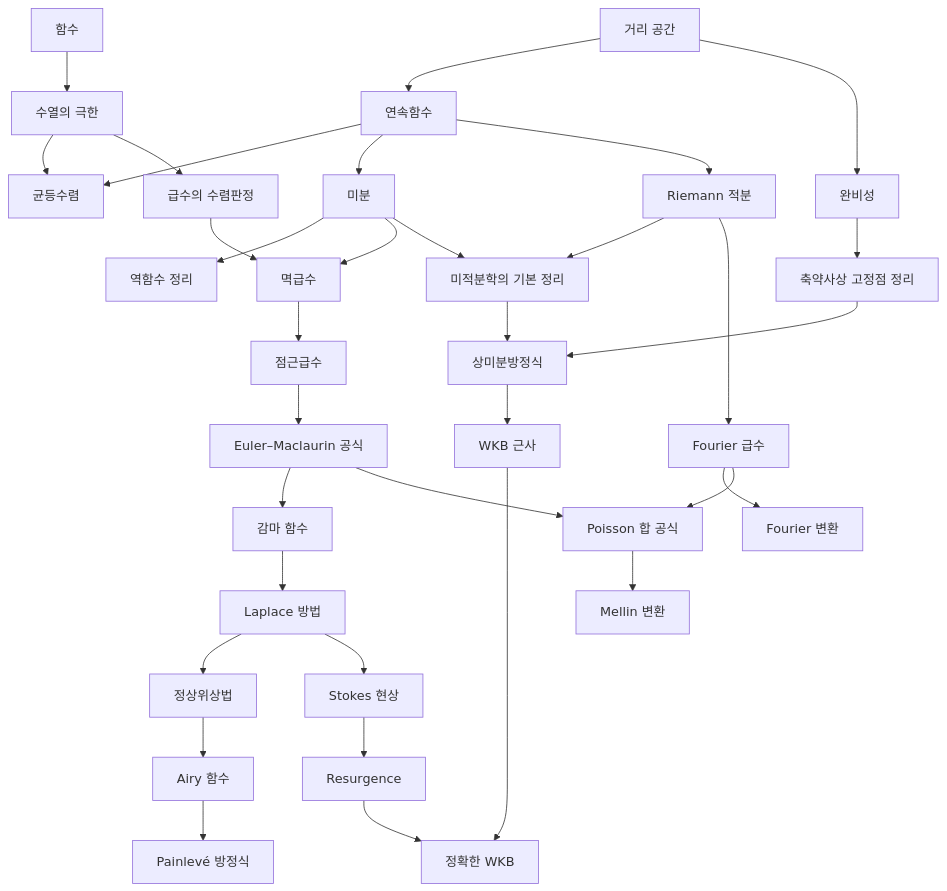
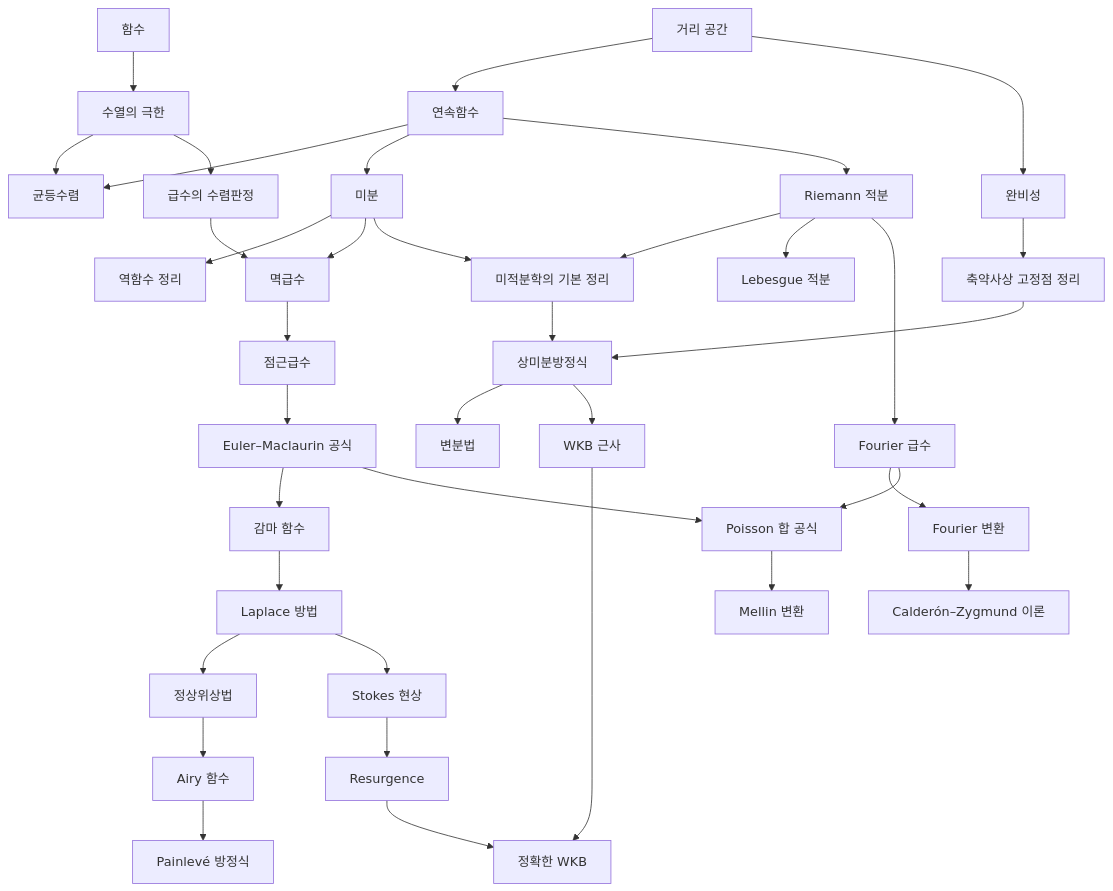
Before and after one commit to Phryxia/math-map: the diagram in docs/analysis-overview.md, drawn with Mermaid. The commit also changed other lines of this file, not shown here.

````diff
--- a/docs/analysis-overview.md
+++ b/docs/analysis-overview.md
@@ -13,36 +13,39 @@
 ```mermaid
 graph TD
   FN["함수"] --> LM["수열의 극한"]
   MS["거리 공간"] --> CT["연속함수"]
   MS --> CM["완비성"]
   LM --> UC["균등수렴"]
   CT --> UC
   CT --> DV["미분"]
   DV --> IF["역함수 정리"]
   CT --> RI["Riemann 적분"]
   LM --> SC["급수의 수렴판정"]
   SC --> PS["멱급수"]
   DV --> PS
   DV --> FC["미적분학의 기본 정리"]
   RI --> FC
   CM --> BF["축약사상 고정점 정리"]
   BF --> OD["상미분방정식"]
   FC --> OD
+  OD --> CV["변분법"]
+  RI --> LI["Lebesgue 적분"]
   RI --> FS["Fourier 급수"]
   FS --> FT["Fourier 변환"]
   FS --> PSm["Poisson 합 공식"]
   PSm --> MT["Mellin 변환"]
   PS --> AS["점근급수"]
   AS --> EM["Euler–Maclaurin 공식"]
   EM --> GM["감마 함수"]
   EM --> PSm
   GM --> LP["Laplace 방법"]
   LP --> SP["정상위상법"]
   LP --> ST["Stokes 현상"]
   ST --> RS["Resurgence"]
   SP --> AF["Airy 함수"]
   AF --> PE["Painlevé 방정식"]
   OD --> WK["WKB 근사"]
   WK --> EW["정확한 WKB"]
   RS --> EW
+  FT --> CZ["Calderón–Zygmund 이론"]
 ```
````
